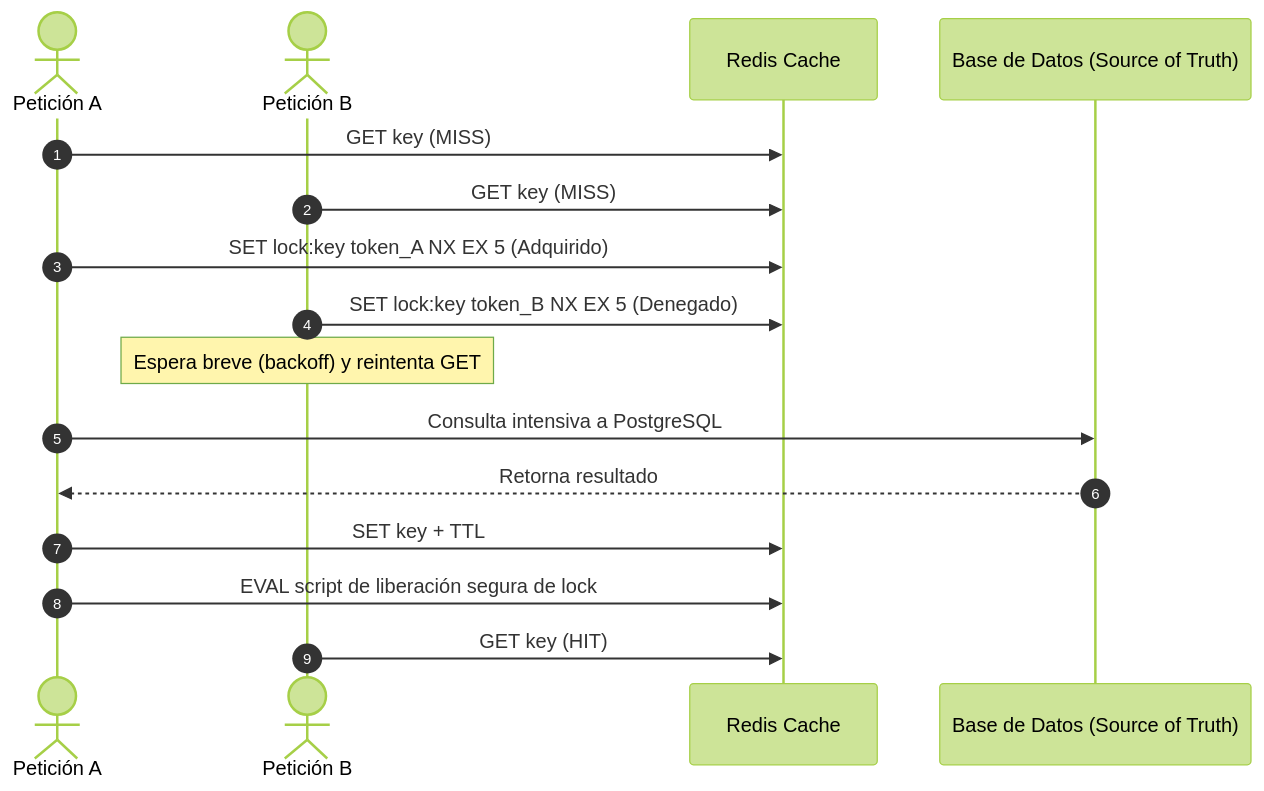
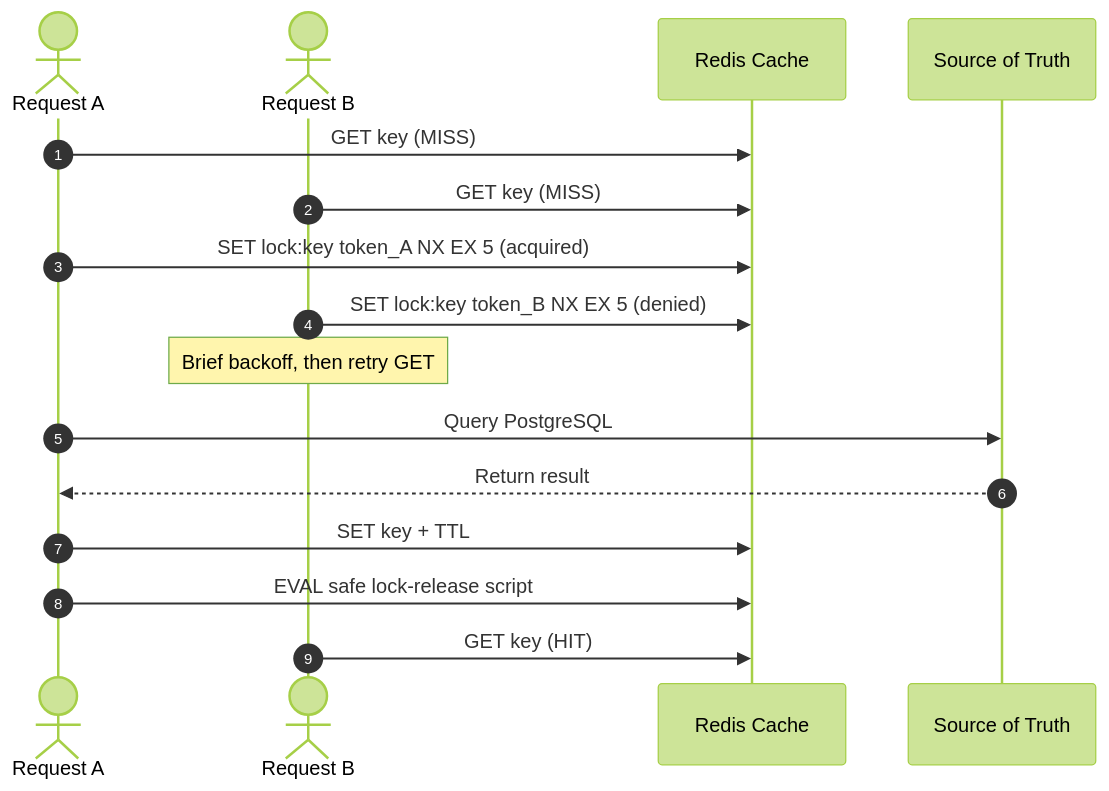
Before and after one commit to PCVV-Organization/aegisbank-ai-platform: the diagram in docs/architecture/REDIS-CACHE-POLICY.md, drawn with Mermaid (forest theme). The commit also changed other lines of this file and 74 other files, not shown here.

````diff
--- a/docs/architecture/REDIS-CACHE-POLICY.md
+++ b/docs/architecture/REDIS-CACHE-POLICY.md
@@ -66,19 +46,19 @@
 ```mermaid
 sequenceDiagram
     autonumber
-    actor Cliente1 as Petición A
-    actor Cliente2 as Petición B
+    actor Client1 as Request A
+    actor Client2 as Request B
     participant Redis as Redis Cache
-    participant SoT as Base de Datos (Source of Truth)
+    participant SoT as Source of Truth
 
-    Cliente1->>Redis: GET key (MISS)
-    Cliente2->>Redis: GET key (MISS)
-    Cliente1->>Redis: SET lock:key token_A NX EX 5 (Adquirido)
-    Cliente2->>Redis: SET lock:key token_B NX EX 5 (Denegado)
-    Note over Cliente2: Espera breve (backoff) y reintenta GET
-    Cliente1->>SoT: Consulta intensiva a PostgreSQL
-    SoT-->>Cliente1: Retorna resultado
-    Cliente1->>Redis: SET key + TTL
-    Cliente1->>Redis: EVAL script de liberación segura de lock
-    Cliente2->>Redis: GET key (HIT)
+    Client1->>Redis: GET key (MISS)
+    Client2->>Redis: GET key (MISS)
+    Client1->>Redis: SET lock:key token_A NX EX 5 (acquired)
+    Client2->>Redis: SET lock:key token_B NX EX 5 (denied)
+    Note over Client2: Brief backoff, then retry GET
+    Client1->>SoT: Query PostgreSQL
+    SoT-->>Client1: Return result
+    Client1->>Redis: SET key + TTL
+    Client1->>Redis: EVAL safe lock-release script
+    Client2->>Redis: GET key (HIT)
 ```
````
